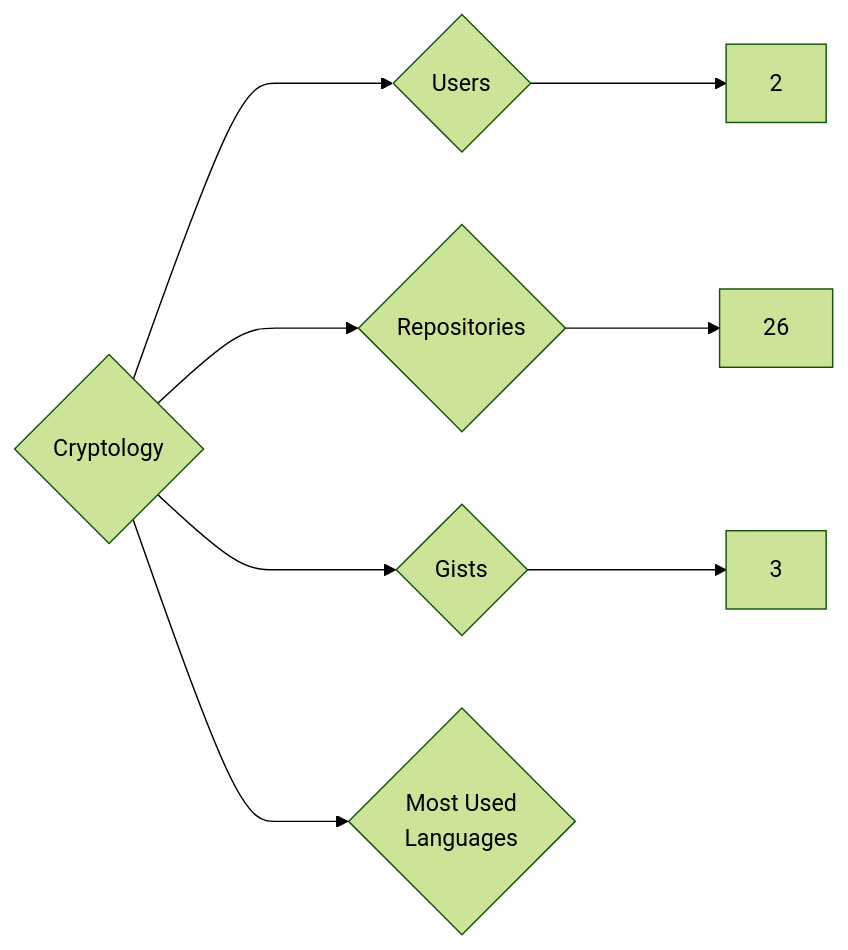
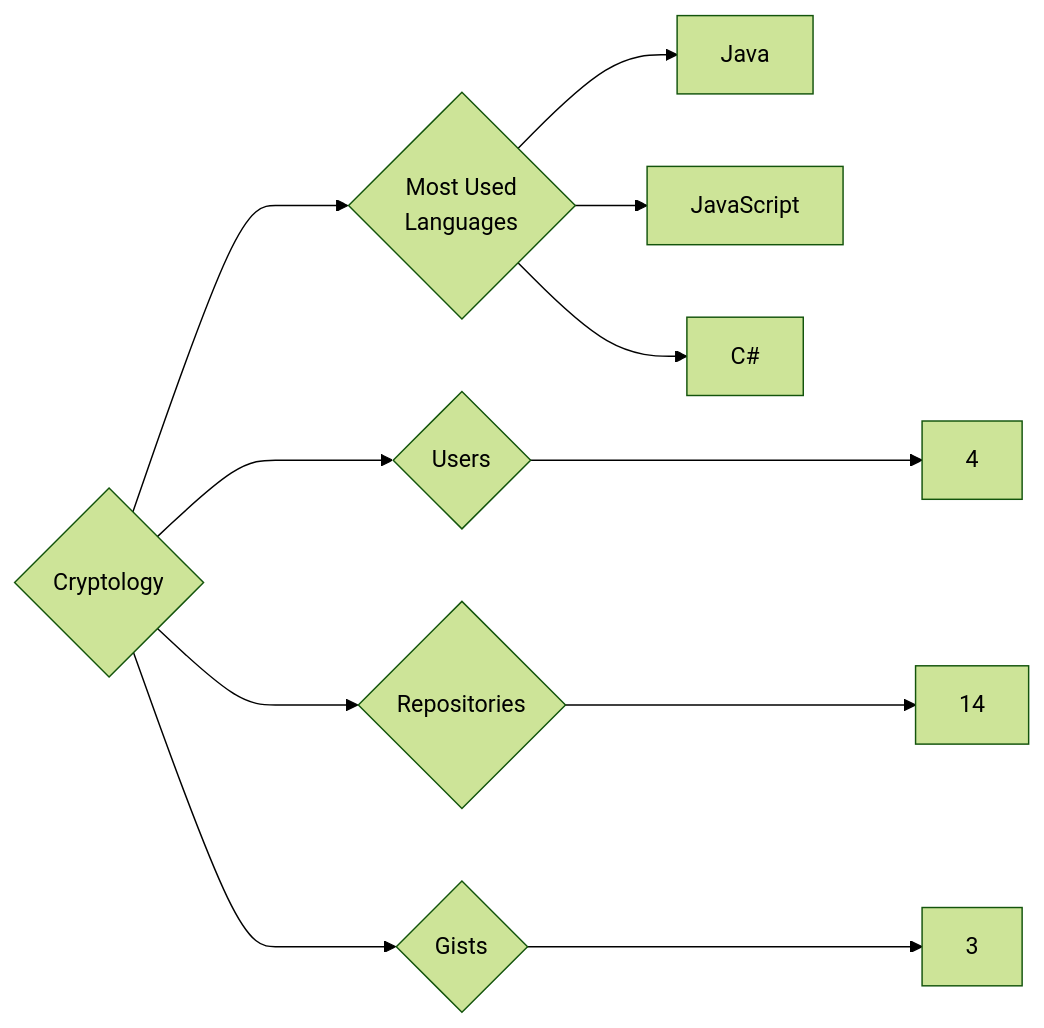
The diagram in targets/Cryptology/README.md (trickest/insiders), drawn with Mermaid (forest theme) before and after one commit. The commit also changed 1120 other files, not shown here.

````diff
--- a/targets/Cryptology/README.md
+++ b/targets/Cryptology/README.md
@@ -3,8 +3,11 @@
 ```mermaid
 graph LR
 COMPANY_NAME{Cryptology}
-COMPANY_NAME ---> U{Users} ---> UN[2]
-COMPANY_NAME ---> R{Repositories} ---> RN[26]
+COMPANY_NAME ---> U{Users} ---> UN[4]
+COMPANY_NAME ---> R{Repositories} ---> RN[14]
 COMPANY_NAME ---> G{Gists} ---> GN[3]
 COMPANY_NAME ---> ML{Most Used<br>Languages}
+ML --> Java[Java]
+ML --> JavaScript[JavaScript]
+ML --> C#[C#]
 ```
````
